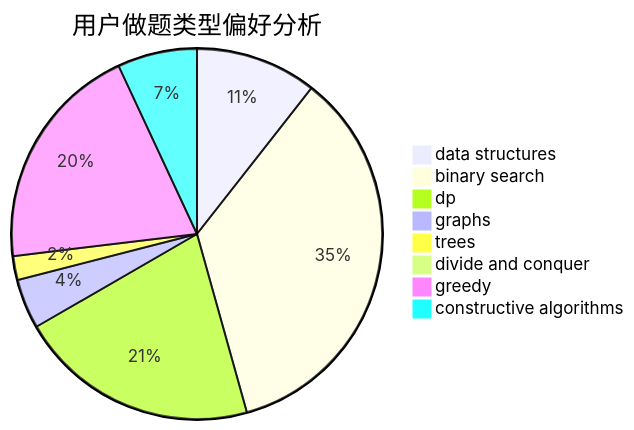
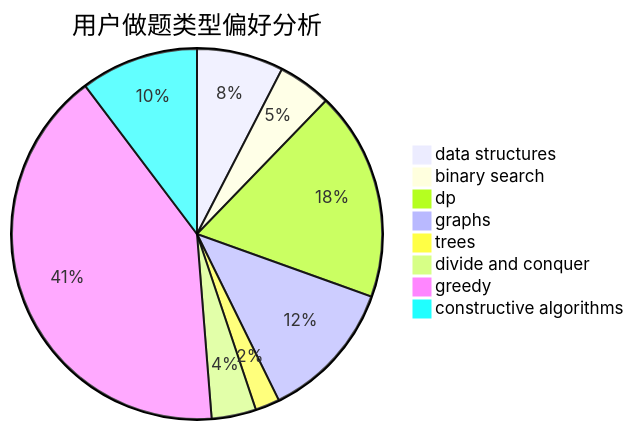
Before and after one commit to sherpahu/cfrs.github.io: the second of 3 diagrams in docs/user/u1278.md, drawn with Mermaid. The commit also changed other lines of this file and 2770 other files, not shown here.

````diff
--- a/docs/user/u1278.md
+++ b/docs/user/u1278.md
@@ -23,11 +23,11 @@
 ```mermaid
 pie title 用户做题类型偏好分析
-    "data structures" :  61
-    "binary search" :  202
-    "dp" :  121
-    "graphs" :  25
-    "trees" :  12
-    "divide and conquer" :  0
-    "greedy" :  115
-    "constructive algorithms" :  40
+    "data structures" :  39
+    "binary search" :  24
+    "dp" :  94
+    "graphs" :  63
+    "trees" :  11
+    "divide and conquer" :  20
+    "greedy" :  211
+    "constructive algorithms" :  53
 ```
````
